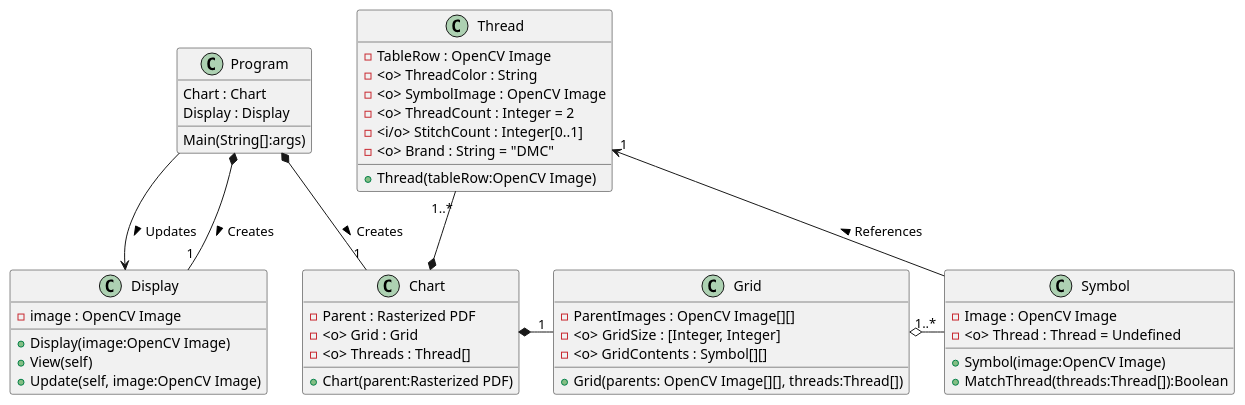
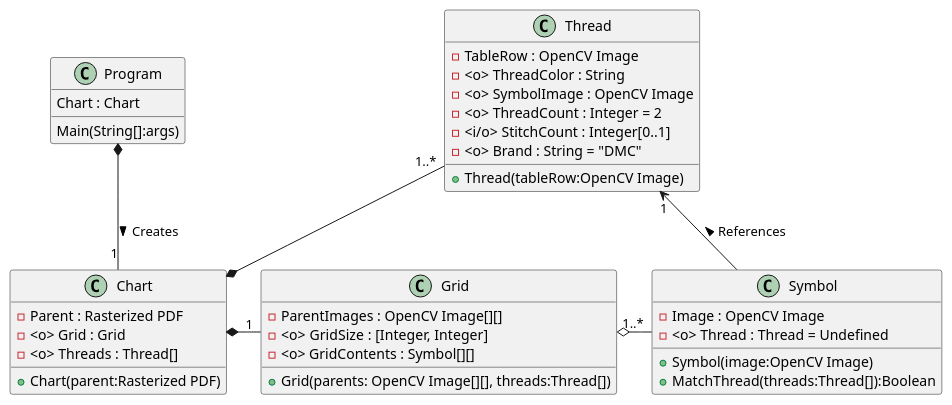
The diagram in PDF to OXS Converter/doc/classes.md (Badwolf369/PatternSeer), drawn with PlantUML before and after one commit.

Commit message:
Remove Display class from class diagram

```diff
--- a/PDF to OXS Converter/doc/classes.md
+++ b/PDF to OXS Converter/doc/classes.md
@@ -1,50 +1,49 @@
 @startuml
 class Program {
     Chart : Chart
-    Display : Display
+'    Display : Display
     Main(String[]:args)
 }
-
+/'
 class Display {
     -image : OpenCV Image
     +Display(image:OpenCV Image)
     +View(self)
     +Update(self, image:OpenCV Image)
 }
 Display "1" -u-* Program : < Creates
-Display <-u- Program : < Updates
-
+Display <-u- Program : < Updates '/
 class Chart {
     -Parent : Rasterized PDF
     -<o> Grid : Grid
     -<o> Threads : Thread[]
     +Chart(parent:Rasterized PDF)
 }
 class Grid {
     -ParentImages : OpenCV Image[][]
     -<o> GridSize : [Integer, Integer]
     -<o> GridContents : Symbol[][]
     +Grid(parents: OpenCV Image[][], threads:Thread[])
 }
 class Symbol {
     -Image : OpenCV Image
     -<o> Thread : Thread = Undefined
     +Symbol(image:OpenCV Image)
     +MatchThread(threads:Thread[]):Boolean
 }
 class Thread {
     -TableRow : OpenCV Image
     -<o> ThreadColor : String
     -<o> SymbolImage : OpenCV Image
     -<o> ThreadCount : Integer = 2
     -<i/o> StitchCount : Integer[0..1]
     -<o> Brand : String = "DMC"
     +Thread(tableRow:OpenCV Image)
 }
 
 Chart "1" -u-* Program : < Creates
 Thread "1..*" -d-* Chart
 Thread "1" <-d- Symbol: < References
 Symbol "1..*" -l-o Grid
 Grid "1" -l-* Chart
 @enduml
```
